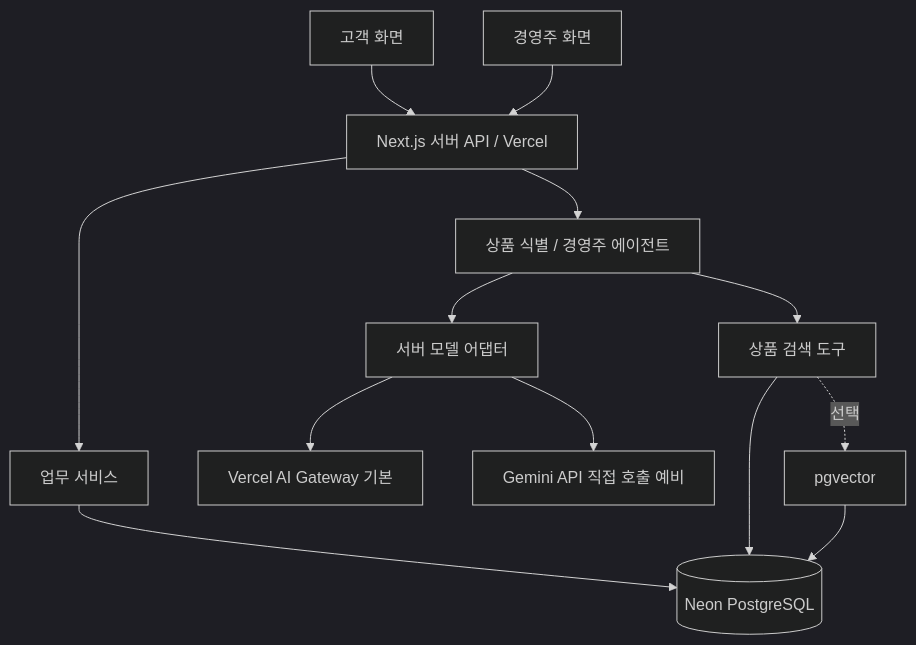
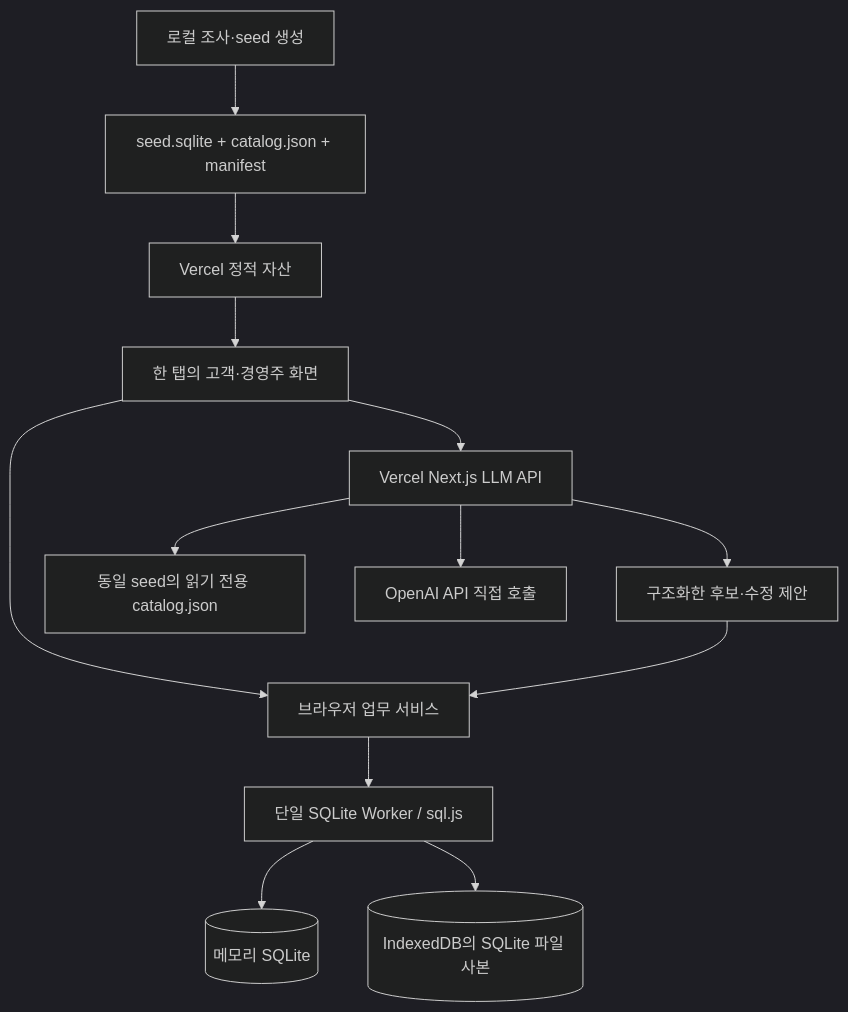
The diagram in docs/06-system-architecture.md (Woo-Dong/wanna-gs), drawn with Mermaid (dark theme) before and after one commit. The commit also changed other lines of this file and 55 other files, not shown here.

Commit message:
docs: adopt browser SQLite and direct OpenAI API setup

````diff
--- a/docs/06-system-architecture.md
+++ b/docs/06-system-architecture.md
@@ -7,15 +7,15 @@
 ```mermaid
 flowchart TD
-  C[고객 화면] --> API[Next.js 서버 API / Vercel]
-  O[경영주 화면] --> API
-  API --> S[업무 서비스]
-  API --> A[상품 식별 / 경영주 에이전트]
-  S --> DB[(Neon PostgreSQL)]
-  A --> P[서버 모델 어댑터]
-  P --> G[Vercel AI Gateway 기본]
-  P --> GM[Gemini API 직접 호출 예비]
-  A --> R[상품 검색 도구]
-  R --> DB
-  R -. 선택 .-> V[pgvector]
-  V --> DB
+  SEED[로컬 조사·seed 생성] --> FILE[seed.sqlite + catalog.json + manifest]
+  FILE --> V[Vercel 정적 자산]
+  V --> UI[한 탭의 고객·경영주 화면]
+  UI --> S[브라우저 업무 서비스]
+  S --> W[단일 SQLite Worker / sql.js]
+  W --> DB[(메모리 SQLite)]
+  W --> SNAP[(IndexedDB의 SQLite 파일 사본)]
+  UI --> API[Vercel Next.js LLM API]
+  API --> CAT[동일 seed의 읽기 전용 catalog.json]
+  API --> G[OpenAI API 직접 호출]
+  API --> RESULT[구조화한 후보·수정 제안]
+  RESULT --> S
 ```
````
